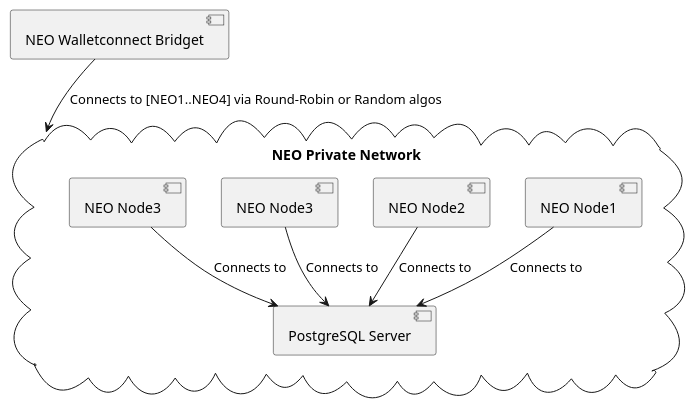
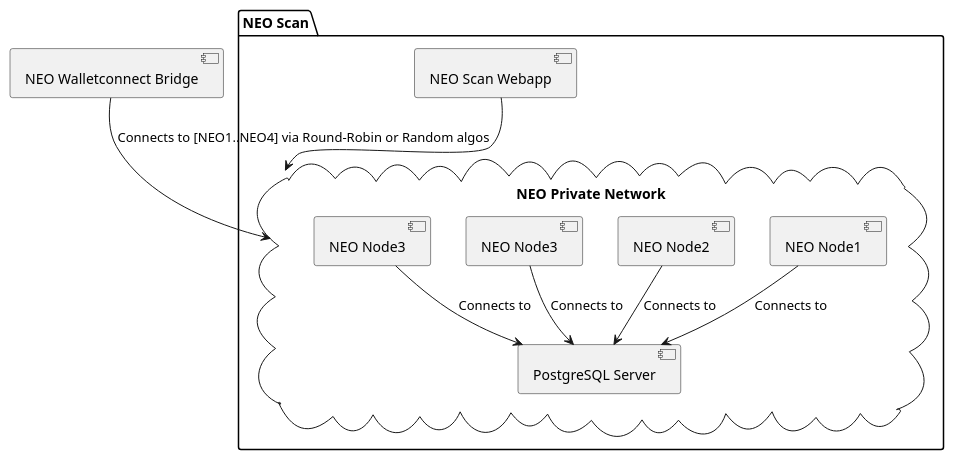
Before and after one commit to aahutsal/neo-walletconnect: the diagram in Dockerization.org, drawn with PlantUML. The commit also changed other lines of this file and 1 other file, not shown here.

Commit message:
Diagram extended

```diff
--- a/Dockerization.org
+++ b/Dockerization.org
@@ -5,17 +5,23 @@
 #+begin_src plantuml :file docs/NEOPB_implementation.png :exports results
 together {
+   package "NEO Scan" as NEOSCAN {
+         [NEO Scan Webapp] as NEOSCANWEB
+
          cloud "NEO Private Network" as NEOPB {
            [NEO Node1] as NEO1
            [NEO Node2] as NEO2
            [NEO Node3] as NEO3
            [NEO Node3] as NEO4
            [PostgreSQL Server] as PGSQL
            NEO1 --> PGSQL: Connects to
            NEO2 --> PGSQL: Connects to
            NEO3 --> PGSQL: Connects to
            NEO4 --> PGSQL: Connects to
          }
-  [NEO Walletconnect Bridget] as NEOWalletconnect
+         NEOSCANWEB --> NEOPB
+  }
+
+  [NEO Walletconnect Bridge] as NEOWalletconnect
   NEOWalletconnect --> NEOPB: Connects to [NEO1..NEO4] via Round-Robin or Random algos
 }
 #+end_src
```
